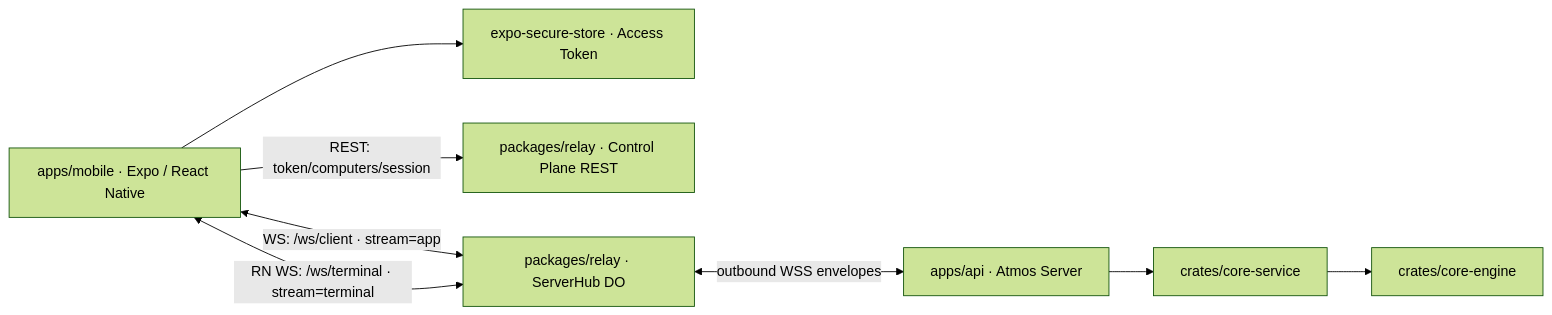
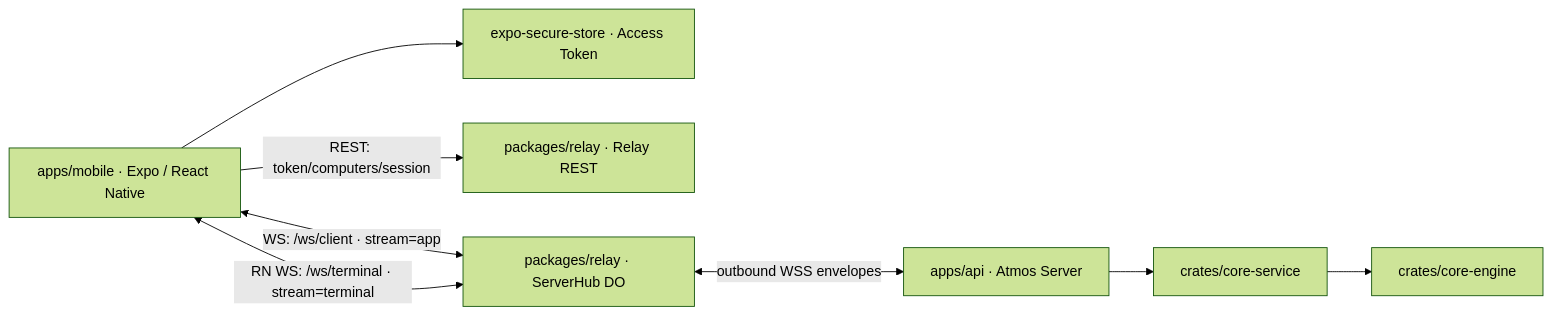
One commit to AruNi-01/atmos changed the diagram in specs/APP/APP-025_mobile-app/TECH.md. Above: the diagram before and after it, drawn with Mermaid (forest theme). The commit also changed other lines of this file and 108 other files, not shown here.

````diff
--- a/specs/APP/APP-025_mobile-app/TECH.md
+++ b/specs/APP/APP-025_mobile-app/TECH.md
@@ -42,18 +42,18 @@
 ```mermaid
 flowchart LR
   Mobile["apps/mobile · Expo / React Native"]
   SecureStore["expo-secure-store · Access Token"]
-  CP["packages/relay · Control Plane REST"]
+  CP["packages/relay · Relay REST"]
   Hub["packages/relay · ServerHub DO"]
   API["apps/api · Atmos Server"]
   Service["crates/core-service"]
   Engine["crates/core-engine"]
 
   Mobile --> SecureStore
   Mobile -->|"REST: token/computers/session"| CP
   Mobile <-->|"WS: /ws/client · stream=app"| Hub
   Mobile <-->|"RN WS: /ws/terminal · stream=terminal"| Hub
   Hub <-->|"outbound WSS envelopes"| API
   API --> Service
   Service --> Engine
 ```
````
